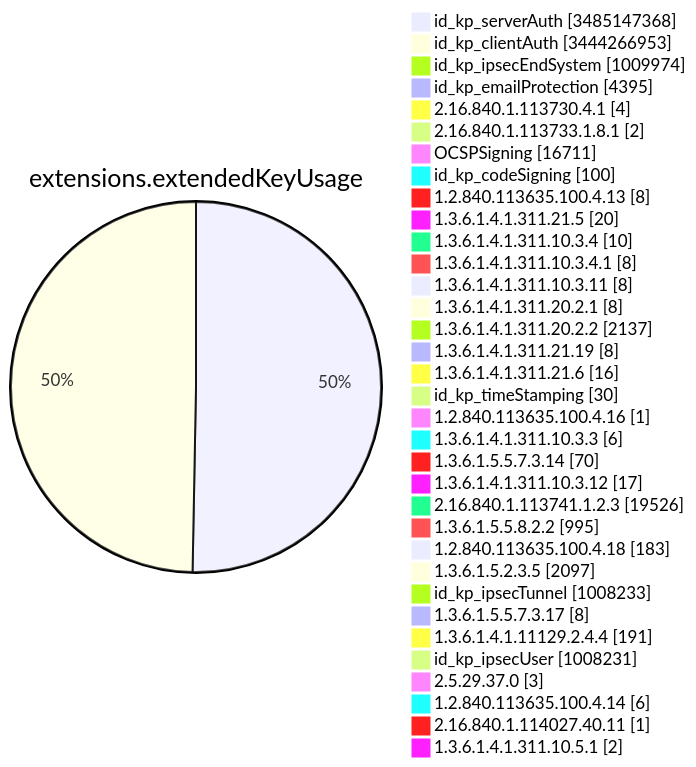
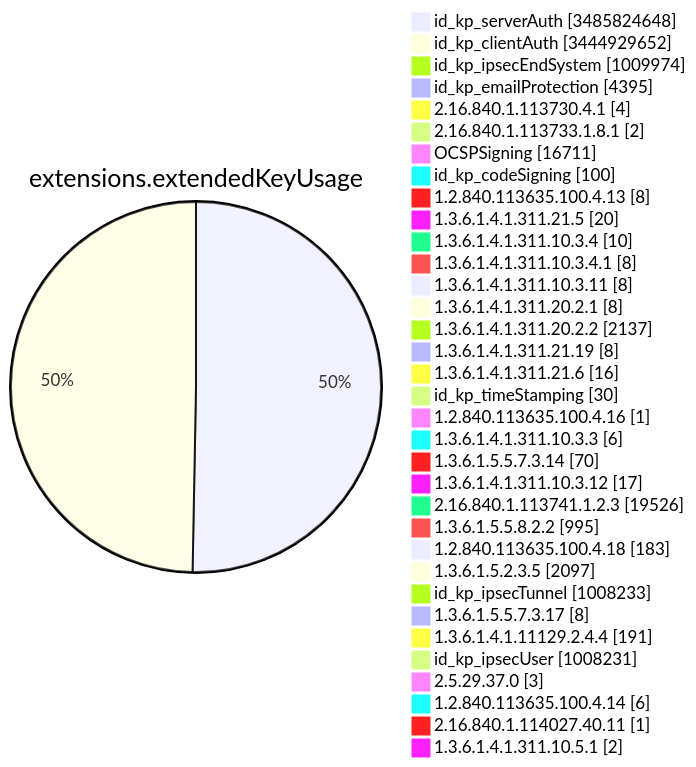
Before and after one commit to christiankrug/ctmonitor_visualization: diagram 11 of 15 in TOTAL/README.md, drawn with Mermaid. The commit also changed other lines of this file, not shown here.

````diff
--- a/TOTAL/README.md
+++ b/TOTAL/README.md
@@ -4124,38 +4124,38 @@
 ```mermaid
 pie showData
 title extensions.extendedKeyUsage
-"id_kp_serverAuth" :3485147368
-"id_kp_clientAuth" :3444266953
+"id_kp_serverAuth" :3485824648
+"id_kp_clientAuth" :3444929652
 "id_kp_ipsecEndSystem" :1009974
 "id_kp_emailProtection" :4395
 "2.16.840.1.113730.4.1" :4
 "2.16.840.1.113733.1.8.1" :2
 "OCSPSigning" :16711
 "id_kp_codeSigning" :100
 "1.2.840.113635.100.4.13" :8
 "1.3.6.1.4.1.311.21.5" :20
 "1.3.6.1.4.1.311.10.3.4" :10
 "1.3.6.1.4.1.311.10.3.4.1" :8
 "1.3.6.1.4.1.311.10.3.11" :8
 "1.3.6.1.4.1.311.20.2.1" :8
 "1.3.6.1.4.1.311.20.2.2" :2137
 "1.3.6.1.4.1.311.21.19" :8
 "1.3.6.1.4.1.311.21.6" :16
 "id_kp_timeStamping" :30
 "1.2.840.113635.100.4.16" :1
 "1.3.6.1.4.1.311.10.3.3" :6
 "1.3.6.1.5.5.7.3.14" :70
 "1.3.6.1.4.1.311.10.3.12" :17
 "2.16.840.1.113741.1.2.3" :19526
 "1.3.6.1.5.5.8.2.2" :995
 "1.2.840.113635.100.4.18" :183
 "1.3.6.1.5.2.3.5" :2097
 "id_kp_ipsecTunnel" :1008233
 "1.3.6.1.5.5.7.3.17" :8
 "1.3.6.1.4.1.11129.2.4.4" :191
 "id_kp_ipsecUser" :1008231
 "2.5.29.37.0" :3
 "1.2.840.113635.100.4.14" :6
 "2.16.840.1.114027.40.11" :1
 "1.3.6.1.4.1.311.10.5.1" :2
 ```
````
